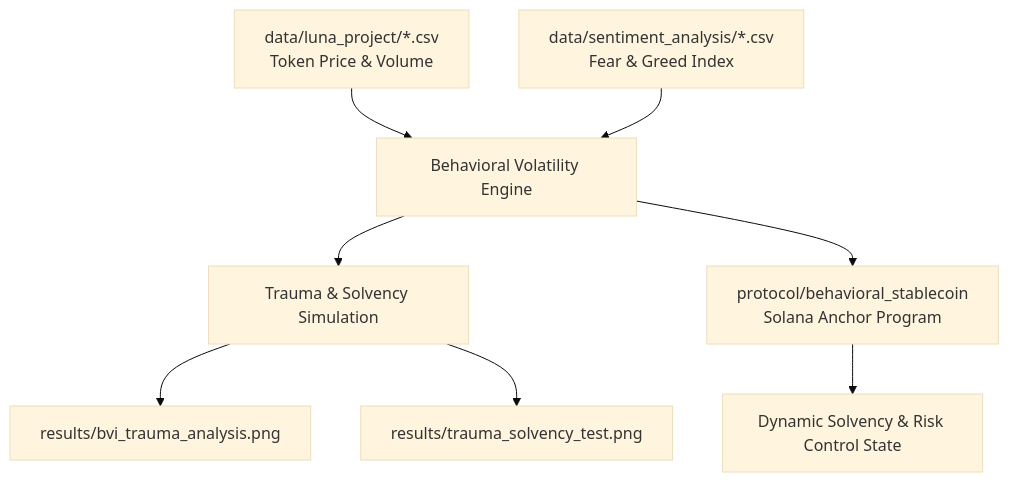
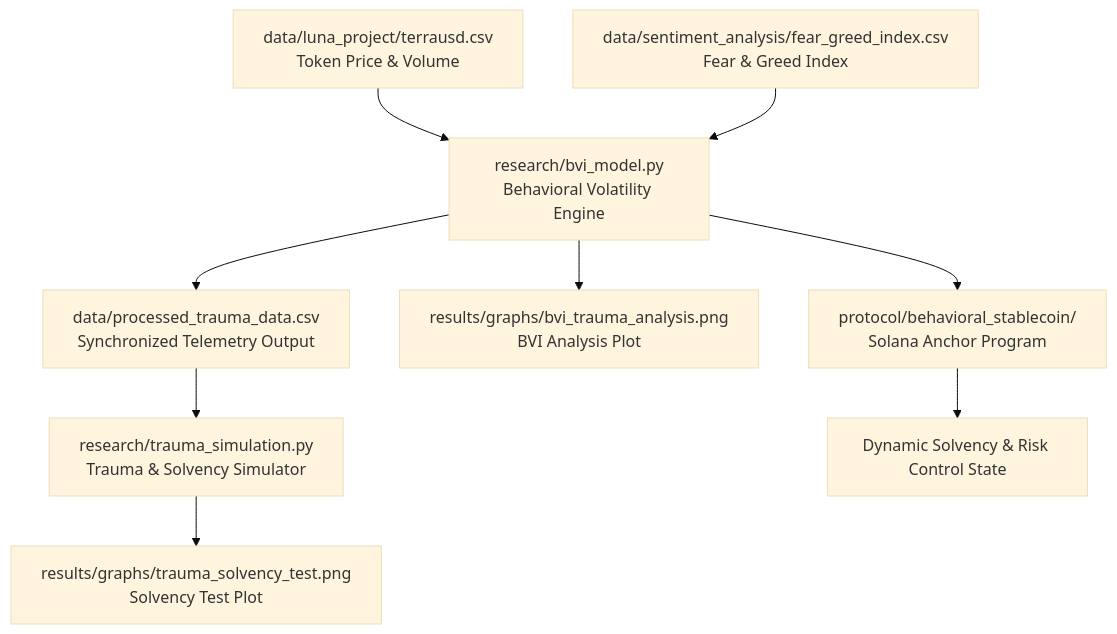
The diagram in README.md (pikum06/risk-adaptive-stablecoin-bvi-demo), drawn with Mermaid (base theme) before and after one commit. The commit also changed other lines of this file, not shown here.

First line of the commit message:
Revise README for clarity and project updates

````diff
--- a/README.md
+++ b/README.md
@@ -41,15 +38,18 @@
 ```mermaid
 graph TD
     %% Inputs
-    A[data/luna_project/*.csv<br/>Token Price & Volume] --> C[Behavioral Volatility Engine]
-    B[data/sentiment_analysis/*.csv<br/>Fear & Greed Index] --> C
+    A[data/luna_project/terrausd.csv<br/>Token Price & Volume] --> C[research/bvi_model.py<br/>Behavioral Volatility Engine]
+    B[data/sentiment_analysis/fear_greed_index.csv<br/>Fear & Greed Index] --> C
 
-    %% Analysis & Execution
-    C --> D[Trauma & Solvency Simulation]
-    D --> E[results/bvi_trauma_analysis.png]
-    D --> F[results/trauma_solvency_test.png]
+    %% BVI Execution & Processing
+    C --> D[data/processed_trauma_data.csv<br/>Synchronized Telemetry Output]
+    C --> E[results/graphs/bvi_trauma_analysis.png<br/>BVI Analysis Plot]
 
-    %% On-Chain Program
-    C --> G[protocol/behavioral_stablecoin<br/>Solana Anchor Program]
-    G --> H[Dynamic Solvency & Risk Control State]
+    %% Simulation Execution
+    D --> F[research/trauma_simulation.py<br/>Trauma & Solvency Simulator]
+    F --> G[results/graphs/trauma_solvency_test.png<br/>Solvency Test Plot]
+
+    %% On-Chain Program Integration
+    C --> H[protocol/behavioral_stablecoin/<br/>Solana Anchor Program]
+    H --> I[Dynamic Solvency & Risk Control State]
 ```
````
